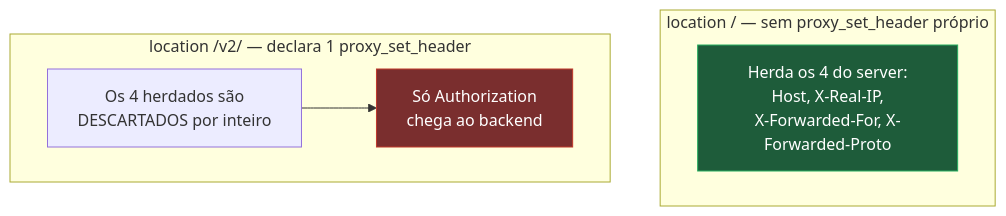
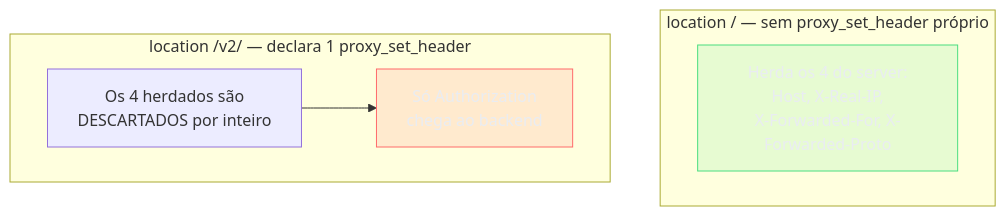
One commit to josenaldo/codex-technomanticus changed the second of 2 diagrams in 03-Dominios/Tecnologia/Infraestrutura/Nginx/02 - A estrutura da configuração.md. Above: the diagram before and after it, drawn with Mermaid. The commit also changed other lines of this file and 1181 other files, not shown here.

First line of the commit message:
fix(diagramas): paleta do sistema no lugar de cor cravada no markdown

````diff
--- a/03-Dominios/Tecnologia/Infraestrutura/Nginx/02 - A estrutura da configuração.md
+++ b/03-Dominios/Tecnologia/Infraestrutura/Nginx/02 - A estrutura da configuração.md
@@ -155,13 +158,15 @@
 ```mermaid
 graph TB
+    classDef ok fill:#4ADE8021,stroke:#4ADE80,color:#E9ECF2
+    classDef falha fill:#FF6B6B24,stroke:#FF6B6B,color:#E9ECF2
     subgraph "location / — sem proxy_set_header próprio"
         H1["Herda os 4 do server:<br/>Host, X-Real-IP,<br/>X-Forwarded-For, X-Forwarded-Proto"]
     end
 
     subgraph "location /v2/ — declara 1 proxy_set_header"
         H2["Os 4 herdados são<br/>DESCARTADOS por inteiro"] --> H3["Só Authorization<br/>chega ao backend"]
     end
 
-    style H1 fill:#1e5c3a,stroke:#27ae60,color:#fff
-    style H3 fill:#7a2e2e,stroke:#c0392b,color:#fff
+    class H1 ok
+    class H3 falha
 ```
````
